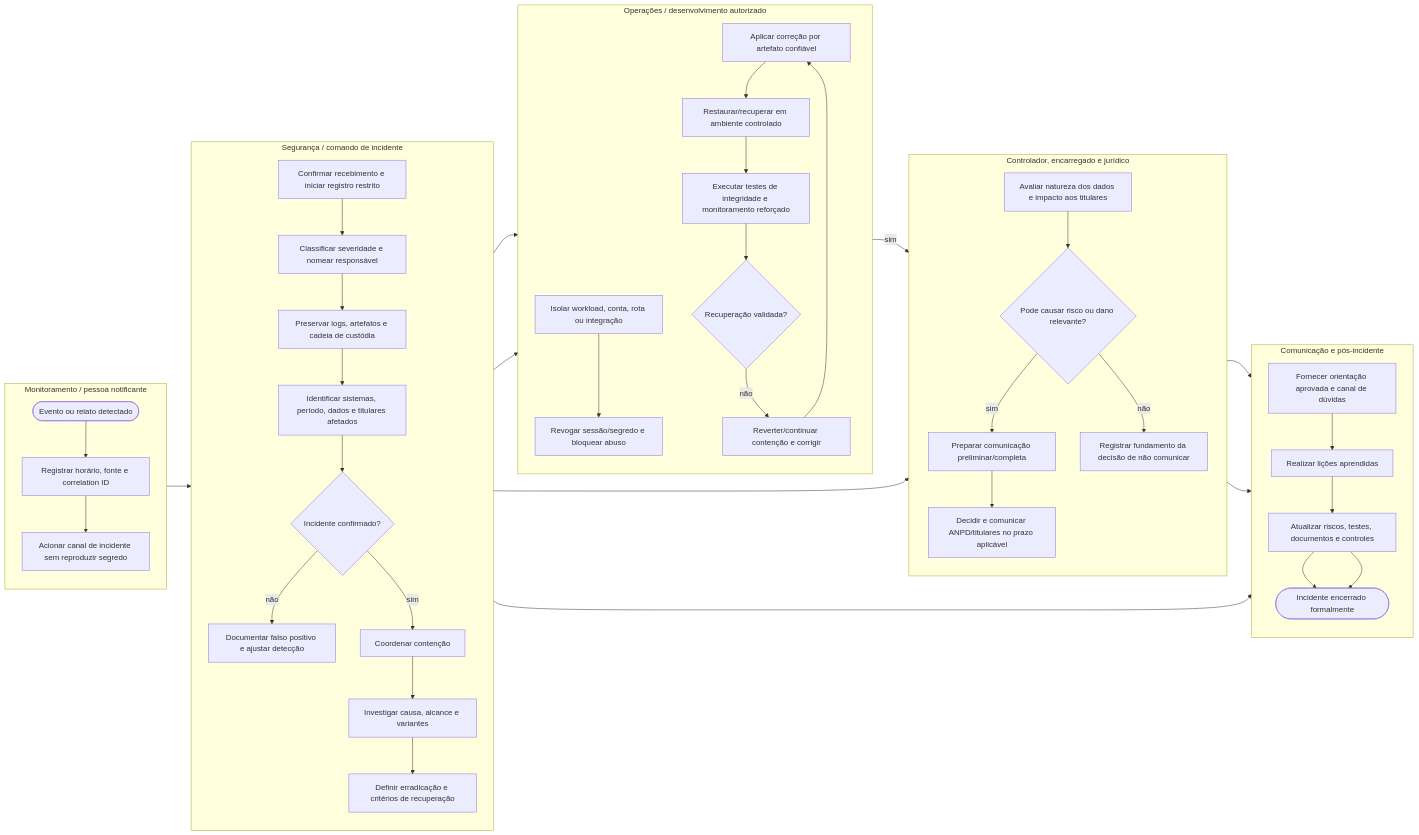
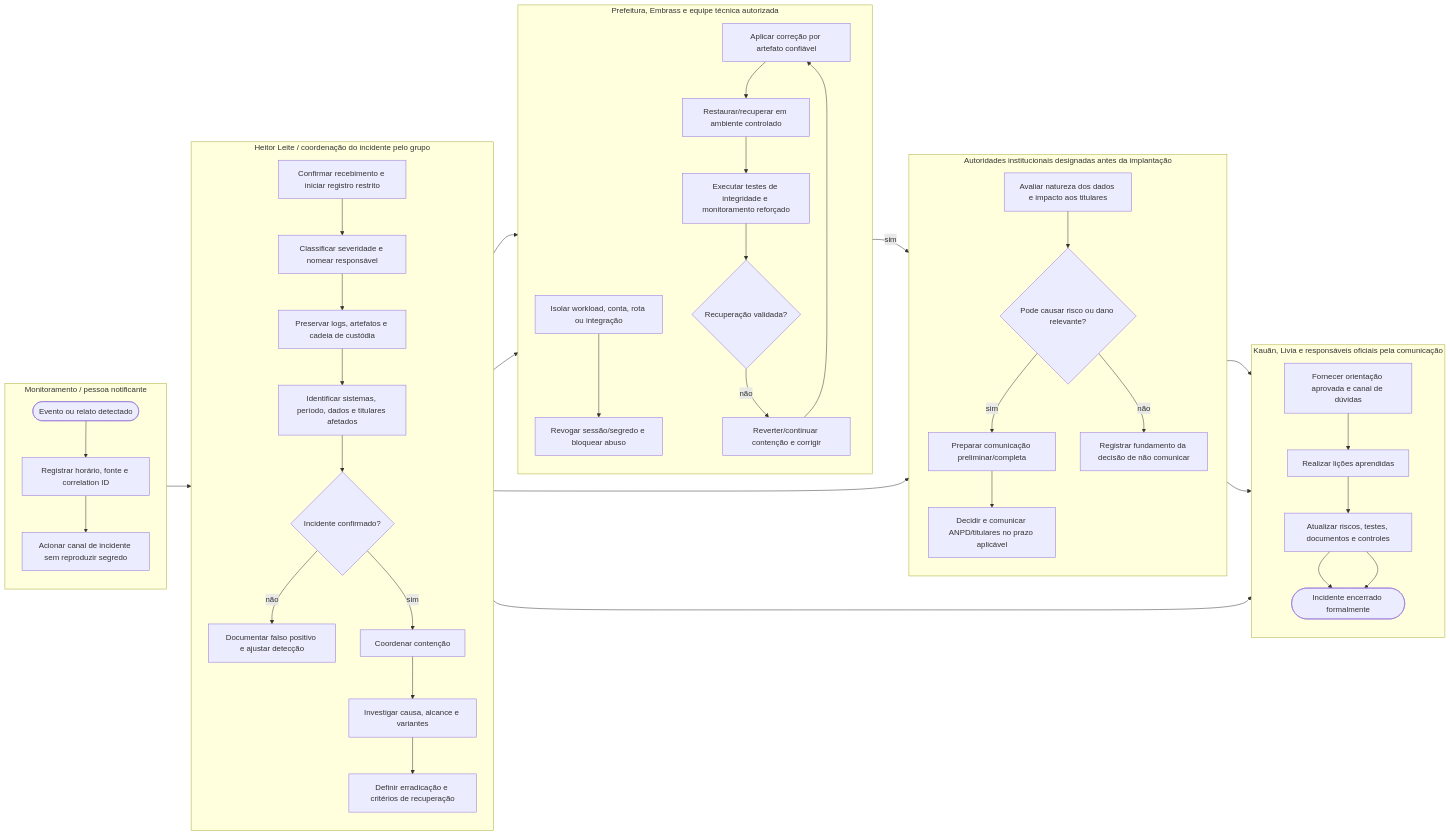
One commit to HeitorLeite/SIDESP changed diagram 11 of 11 in docs/ATIVIDADES.md. Above: the diagram before and after it, drawn with Mermaid. The commit also changed other lines of this file and 3 other files, not shown here.

````diff
--- a/docs/ATIVIDADES.md
+++ b/docs/ATIVIDADES.md
@@ -963,62 +1008,62 @@
 ```mermaid
 flowchart LR
     subgraph M["Monitoramento / pessoa notificante"]
         direction TB
         M0(["Evento ou relato detectado"])
         M1["Registrar horário, fonte e correlation ID"]
         M2["Acionar canal de incidente sem reproduzir segredo"]
     end
 
-    subgraph S["Segurança / comando de incidente"]
+    subgraph S["Heitor Leite / coordenação do incidente pelo grupo"]
         direction TB
         S1["Confirmar recebimento e iniciar registro restrito"]
         S2["Classificar severidade e nomear responsável"]
         S3["Preservar logs, artefatos e cadeia de custódia"]
         S4["Identificar sistemas, período, dados e titulares afetados"]
         S5{"Incidente confirmado?"}
         S6["Documentar falso positivo e ajustar detecção"]
         S7["Coordenar contenção"]
         S8["Investigar causa, alcance e variantes"]
         S9["Definir erradicação e critérios de recuperação"]
     end
 
-    subgraph O["Operações / desenvolvimento autorizado"]
+    subgraph O["Prefeitura, Embrass e equipe técnica autorizada"]
         direction TB
         O1["Isolar workload, conta, rota ou integração"]
         O2["Revogar sessão/segredo e bloquear abuso"]
         O3["Aplicar correção por artefato confiável"]
         O4["Restaurar/recuperar em ambiente controlado"]
         O5["Executar testes de integridade e monitoramento reforçado"]
         O6{"Recuperação validada?"}
         O7["Reverter/continuar contenção e corrigir"]
     end
 
-    subgraph P["Controlador, encarregado e jurídico"]
+    subgraph P["Autoridades institucionais designadas antes da implantação"]
         direction TB
         P1["Avaliar natureza dos dados e impacto aos titulares"]
         P2{"Pode causar risco ou dano relevante?"}
         P3["Preparar comunicação preliminar/completa"]
         P4["Decidir e comunicar ANPD/titulares no prazo aplicável"]
         P5["Registrar fundamento da decisão de não comunicar"]
     end
 
-    subgraph C["Comunicação e pós-incidente"]
+    subgraph C["Kauãn, Livia e responsáveis oficiais pela comunicação"]
         direction TB
         C1["Fornecer orientação aprovada e canal de dúvidas"]
         C2["Realizar lições aprendidas"]
         C3["Atualizar riscos, testes, documentos e controles"]
         C4(["Incidente encerrado formalmente"])
     end
 
     M0 --> M1 --> M2 --> S1 --> S2 --> S3 --> S4 --> S5
     S5 -->|"não"| S6 --> C3 --> C4
     S5 -->|"sim"| S7
     S7 --> O1 --> O2
     S7 --> S8 --> S9 --> O3 --> O4 --> O5 --> O6
     O6 -->|"não"| O7 --> O3
     O6 -->|"sim"| P1
     S4 --> P1 --> P2
     P2 -->|"sim"| P3 --> P4 --> C1
     P2 -->|"não"| P5 --> C2
     C1 --> C2 --> C3 --> C4
 ```
````
